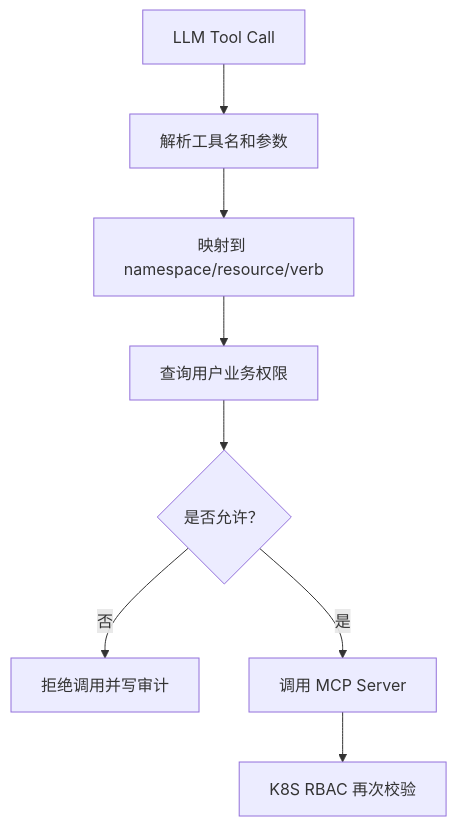
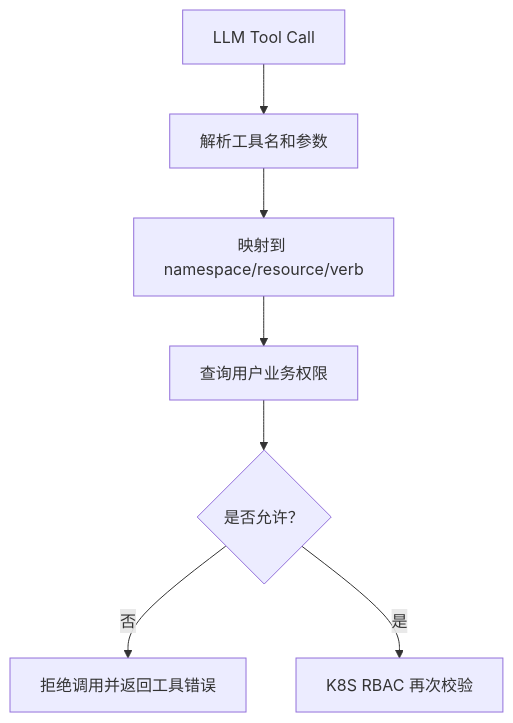
Before and after one commit to ZhaoXiangHeng/k8s-agent: the third of 3 diagrams in docs/architecture/permission-model.md, drawn with Mermaid. The commit also changed other lines of this file and 128 other files, not shown here.

````diff
--- a/docs/architecture/permission-model.md
+++ b/docs/architecture/permission-model.md
@@ -86,10 +90,9 @@
 ```mermaid
 flowchart TD
   ToolCall["LLM Tool Call"] --> Parse["解析工具名和参数"]
   Parse --> Map["映射到 namespace/resource/verb"]
   Map --> DB["查询用户业务权限"]
   DB --> Allowed{"是否允许？"}
-  Allowed -- "否" --> Deny["拒绝调用并写审计"]
-  Allowed -- "是" --> MCP["调用 MCP Server"]
-  MCP --> K8S["K8S RBAC 再次校验"]
+  Allowed -- "否" --> Deny["拒绝调用并返回工具错误"]
+  Allowed -- "是" --> K8S["K8S RBAC 再次校验"]
 ```
````
